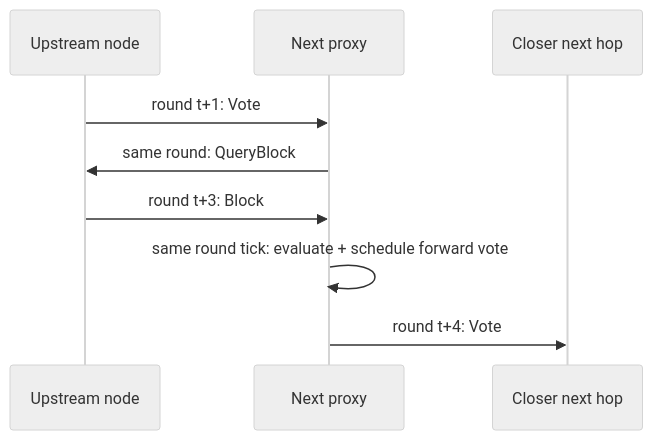
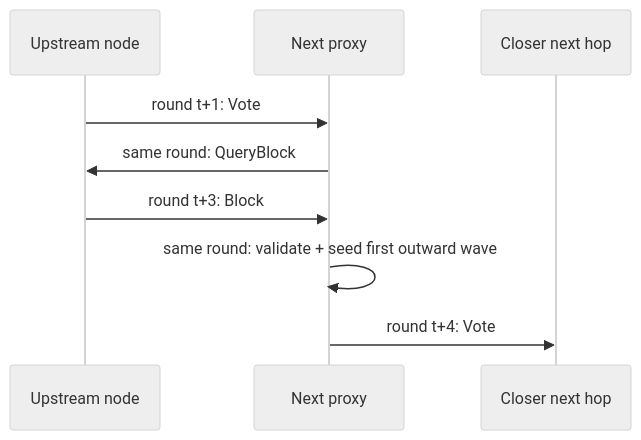
The second of 2 diagrams in Design/response_driven_commit_flow.md (EcProtocol/EcNode), drawn with Mermaid (neutral theme) before and after one commit. The commit also changed other lines of this file and 21 other files, not shown here.

Commit message:
Refine reactive vote flow and topology analysis

````diff
--- a/Design/response_driven_commit_flow.md
+++ b/Design/response_driven_commit_flow.md
@@ -85,12 +86,12 @@
 ```mermaid
 sequenceDiagram
     participant A as Upstream node
     participant B as Next proxy
     participant C as Closer next hop
 
     A->>B: round t+1: Vote
     B->>A: same round: QueryBlock
     A->>B: round t+3: Block
-    B->>B: same round tick: evaluate + schedule forward vote
+    B->>B: same round: validate + seed first outward wave
     B->>C: round t+4: Vote
 ```
````
